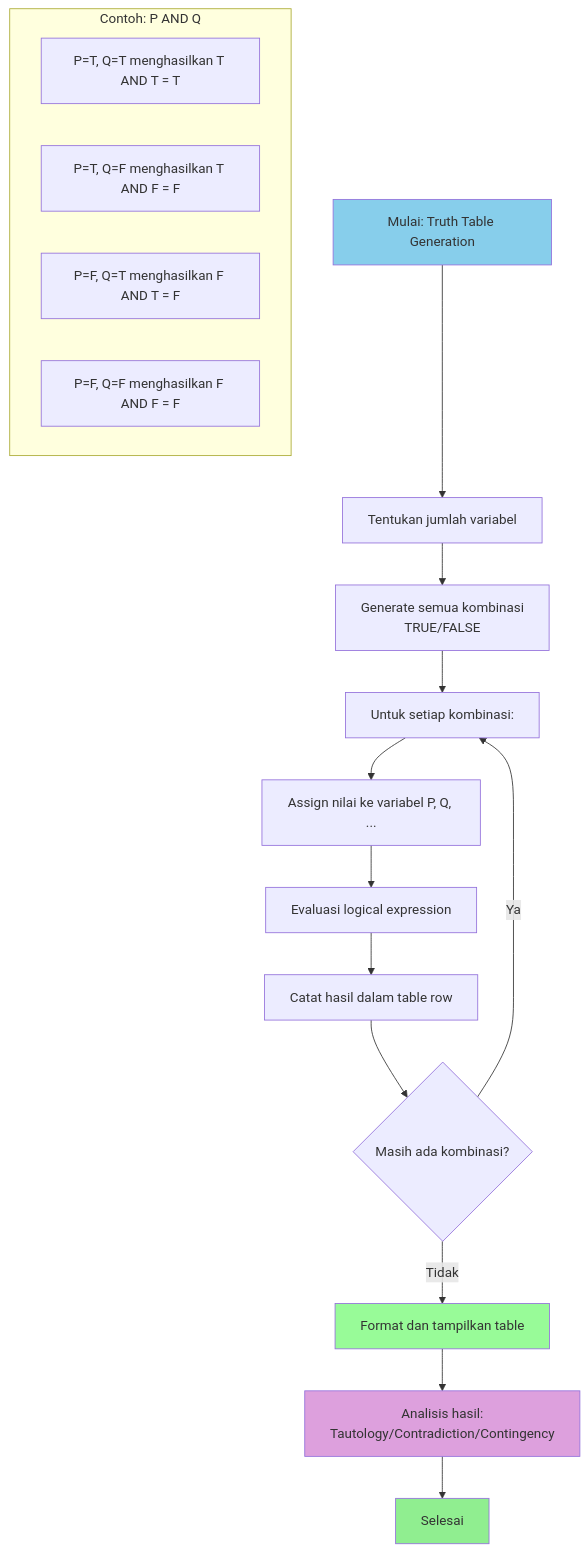
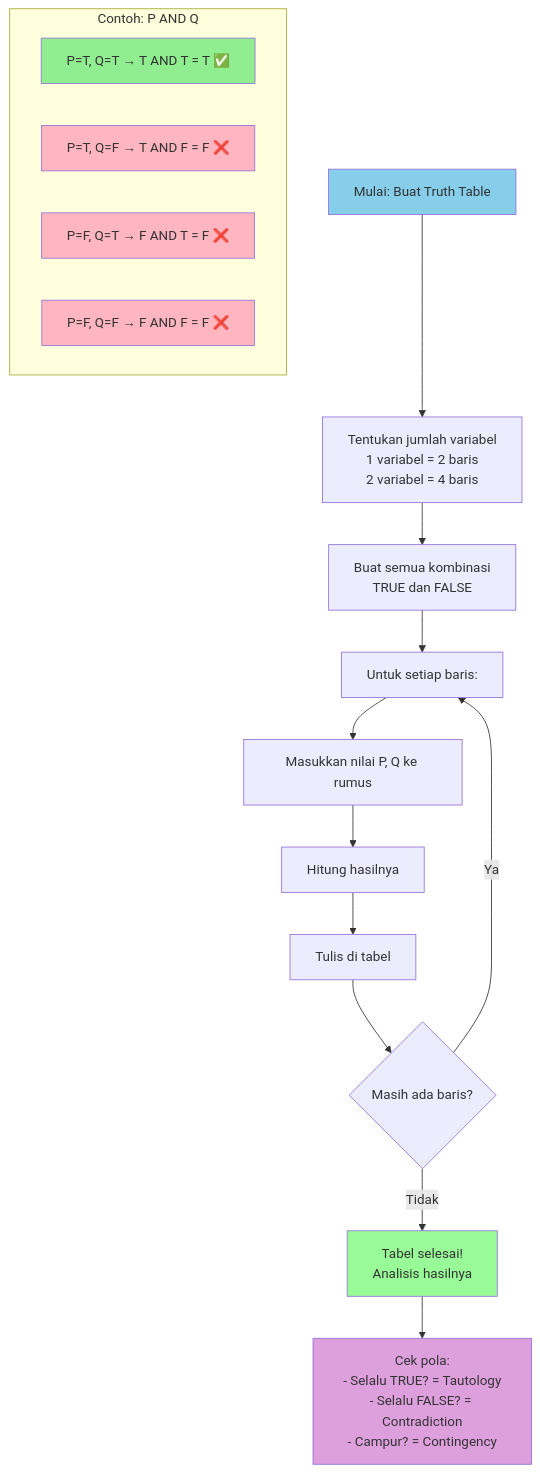
One commit to antonprafanto/logikamatematika changed the third of 5 diagrams in pertemuan2.md. Above: the diagram before and after it, drawn with Mermaid. The commit also changed other lines of this file, not shown here.

````diff
--- a/pertemuan2.md
+++ b/pertemuan2.md
@@ -471,29 +388,31 @@
 ```mermaid
 flowchart TD
-    A[Mulai: Truth Table Generation] --> B[Tentukan jumlah variabel]
-    B --> C[Generate semua kombinasi<br/>TRUE/FALSE]
+    A[Mulai: Buat Truth Table] --> B[Tentukan jumlah variabel<br/>1 variabel = 2 baris<br/>2 variabel = 4 baris]
+    B --> C[Buat semua kombinasi<br/>TRUE dan FALSE]
     
-    C --> D[Untuk setiap kombinasi:]
-    D --> E[Assign nilai ke variabel P, Q, ...]
-    E --> F[Evaluasi logical expression]
-    F --> G[Catat hasil dalam table row]
+    C --> D[Untuk setiap baris:]
+    D --> E[Masukkan nilai P, Q ke rumus]
+    E --> F[Hitung hasilnya]
+    F --> G[Tulis di tabel]
     
-    G --> H{Masih ada kombinasi?}
+    G --> H{Masih ada baris?}
     H -->|Ya| D
-    H -->|Tidak| I[Format dan tampilkan table]
+    H -->|Tidak| I[Tabel selesai!<br/>Analisis hasilnya]
     
-    I --> J[Analisis hasil:<br/>Tautology/Contradiction/Contingency]
-    J --> K[Selesai]
+    I --> J[Cek pola:<br/>- Selalu TRUE? = Tautology<br/>- Selalu FALSE? = Contradiction<br/>- Campur? = Contingency]
     
     subgraph "Contoh: P AND Q"
-        L[P=T, Q=T menghasilkan T AND T = T]
-        M[P=T, Q=F menghasilkan T AND F = F]
-        N[P=F, Q=T menghasilkan F AND T = F]
-        O[P=F, Q=F menghasilkan F AND F = F]
+        K[P=T, Q=T → T AND T = T ✅]
+        L[P=T, Q=F → T AND F = F ❌]
+        M[P=F, Q=T → F AND T = F ❌]
+        N[P=F, Q=F → F AND F = F ❌]
     end
     
     style A fill:#87CEEB
     style I fill:#98FB98
     style J fill:#DDA0DD
     style K fill:#90EE90
+    style L fill:#FFB6C1
+    style M fill:#FFB6C1
+    style N fill:#FFB6C1
 ```
````
